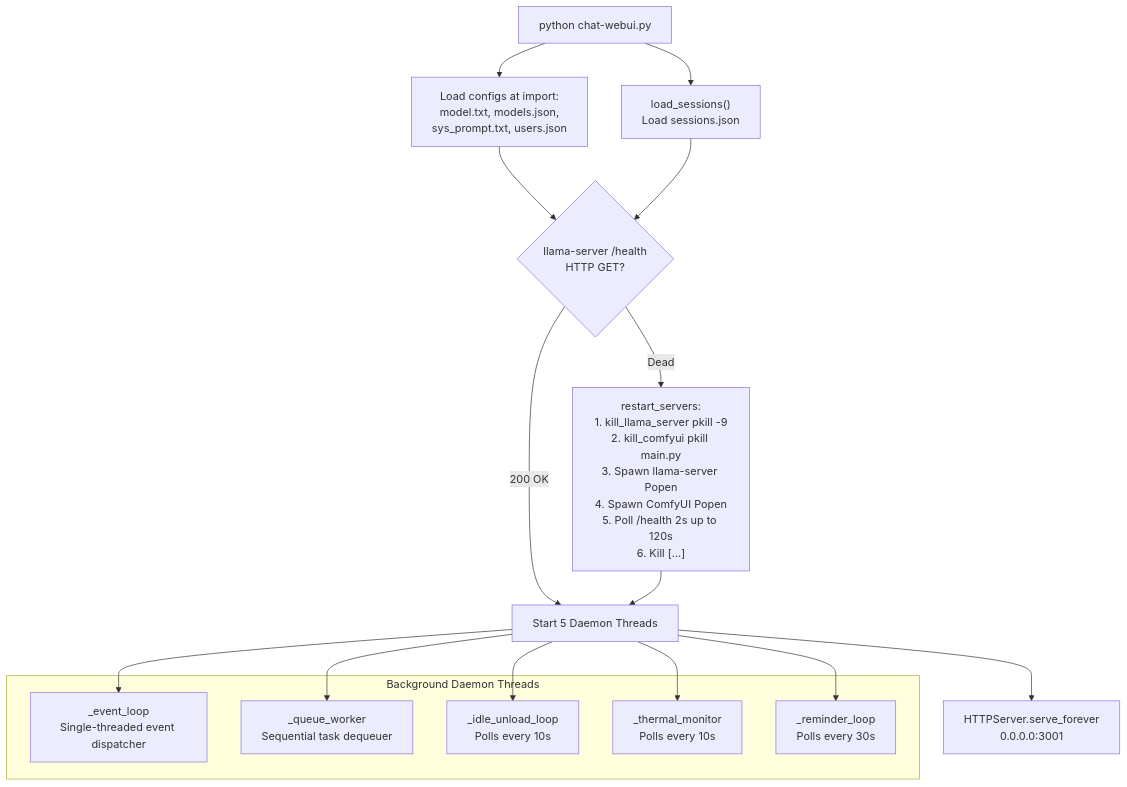
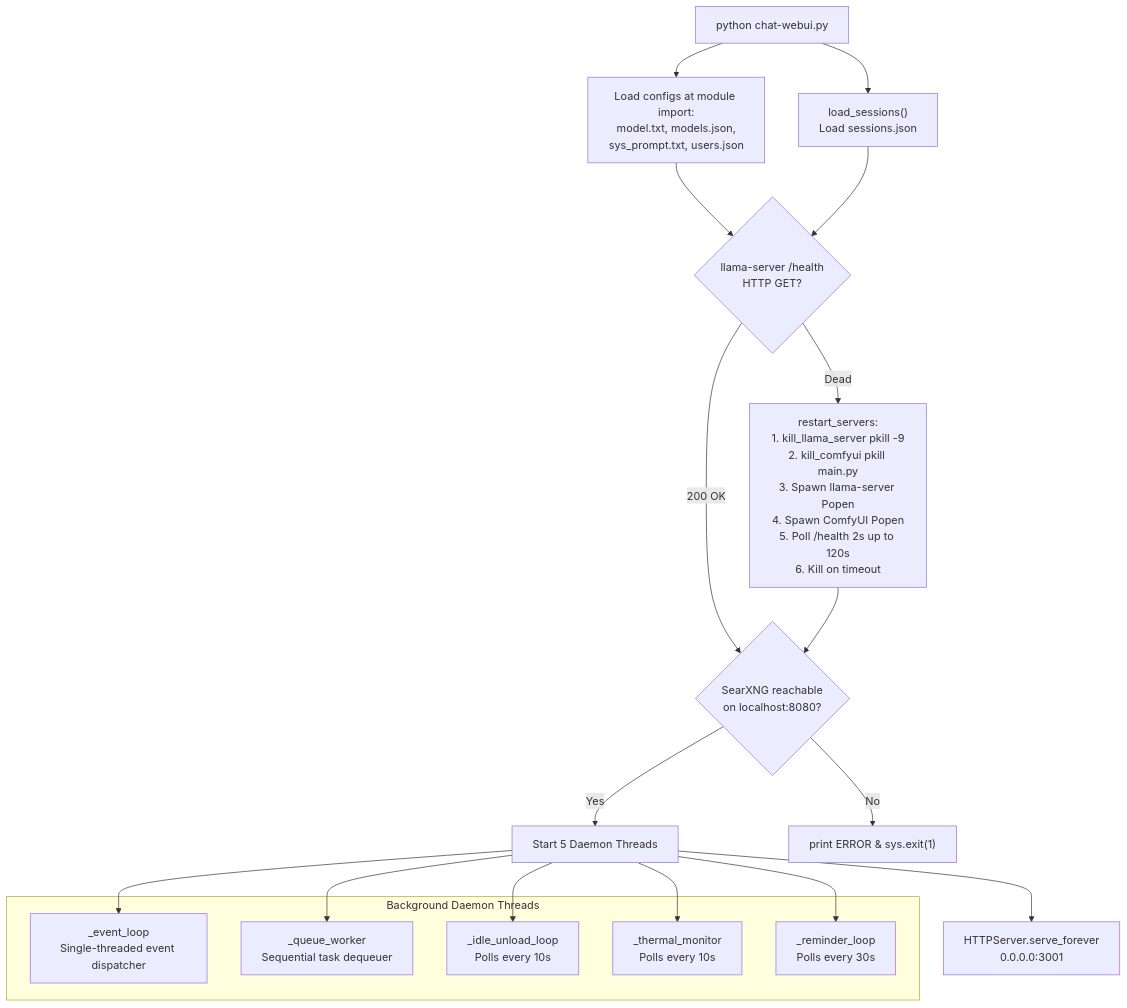
The fourth of 12 diagrams in README.md (Palash90/local-ai), drawn with Mermaid before and after one commit. The commit also changed other lines of this file, not shown here.

Commit message:
Updated diagrams

````diff
--- a/README.md
+++ b/README.md
@@ -239,19 +239,21 @@
 ```mermaid
 graph TD
-    A["python chat-webui.py"] --> A1["Load configs at import:\nmodel.txt, models.json,\nsys_prompt.txt, users.json"]
+    A["python chat-webui.py"] --> A1["Load configs at module import:\nmodel.txt, models.json,\nsys_prompt.txt, users.json"]
     A --> B["load_sessions()\nLoad sessions.json"]
     A1 & B --> C{"llama-server /health\nHTTP GET?"}
-    C -- "200 OK" --> E["Start 5 Daemon Threads"]
-    C -- "Dead" --> D["restart_servers:\n1. kill_llama_server pkill -9\n2. kill_comfyui pkill main.py\n3. Spawn llama-server Popen\n4. Spawn ComfyUI Popen\n5. Poll /health 2s up to 120s\n6. Kill [...]"]
-    D --> E
+    C -- "200 OK" --> D{"SearXNG reachable\non localhost:8080?"}
+    C -- "Dead" --> Restart["restart_servers:\n1. kill_llama_server pkill -9\n2. kill_comfyui pkill main.py\n3. Spawn llama-server Popen\n4. Spawn ComfyUI Popen\n5. Poll /health 2s up to 120s\n6. Kill on timeout"]
+    D -- "Yes" --> E["Start 5 Daemon Threads"]
+    D -- "No" --> Exit["print ERROR & sys.exit(1)"]
+    Restart --> D
 
     subgraph Daemons ["Background Daemon Threads"]
         E1["_event_loop\nSingle-threaded event dispatcher"]
         E2["_queue_worker\nSequential task dequeuer"]
         E3["_idle_unload_loop\nPolls every 10s"]
         E4["_thermal_monitor\nPolls every 10s"]
         E5["_reminder_loop\nPolls every 30s"]
     end
     E --> E1 & E2 & E3 & E4 & E5
     E --> F["HTTPServer.serve_forever\n0.0.0.0:3001"]
 ```
````
